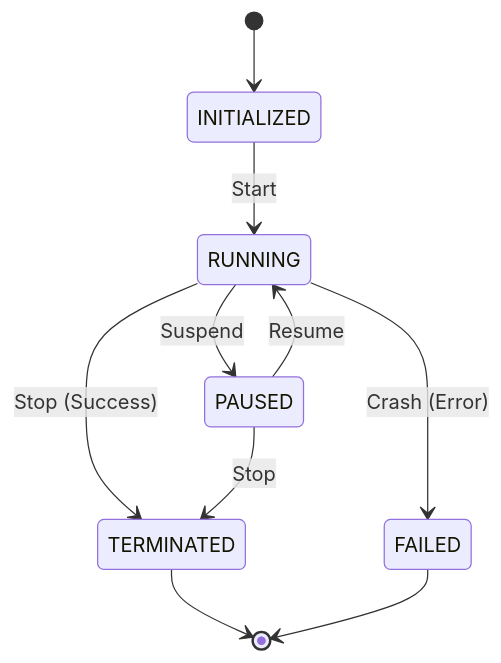
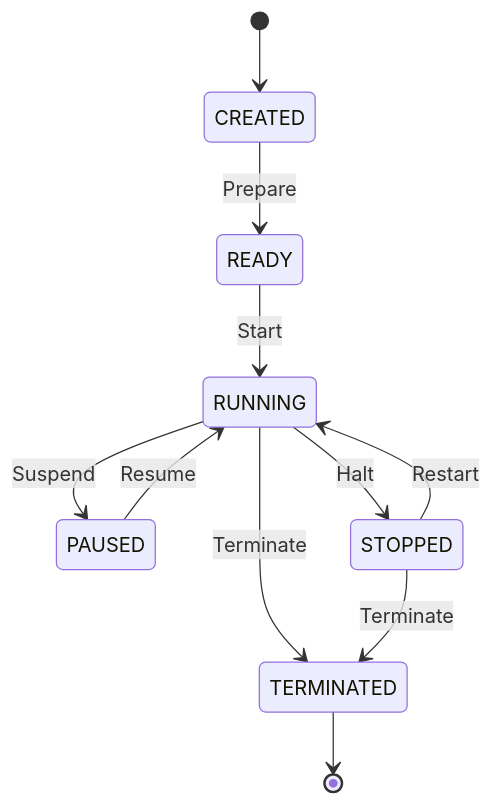
One commit to K-IWASA-MK/posting-map-system-dev changed the diagram in docs/specifications/DevelopmentRuntime.md. Above: the diagram before and after it, drawn with Mermaid. The commit also changed other lines of this file and 6 other files, not shown here.

````diff
--- a/docs/specifications/DevelopmentRuntime.md
+++ b/docs/specifications/DevelopmentRuntime.md
@@ -94,12 +93,13 @@
 ```mermaid
 stateDiagram-v2
-    [*] --> INITIALIZED
-    INITIALIZED --> RUNNING : Start
+    [*] --> CREATED
+    CREATED --> READY : Prepare
+    READY --> RUNNING : Start
     RUNNING --> PAUSED : Suspend
     PAUSED --> RUNNING : Resume
-    RUNNING --> TERMINATED : Stop (Success)
-    RUNNING --> FAILED : Crash (Error)
-    PAUSED --> TERMINATED : Stop
+    RUNNING --> STOPPED : Halt
+    STOPPED --> RUNNING : Restart
+    RUNNING --> TERMINATED : Terminate
+    STOPPED --> TERMINATED : Terminate
     TERMINATED --> [*]
-    FAILED --> [*]
 ```
````
